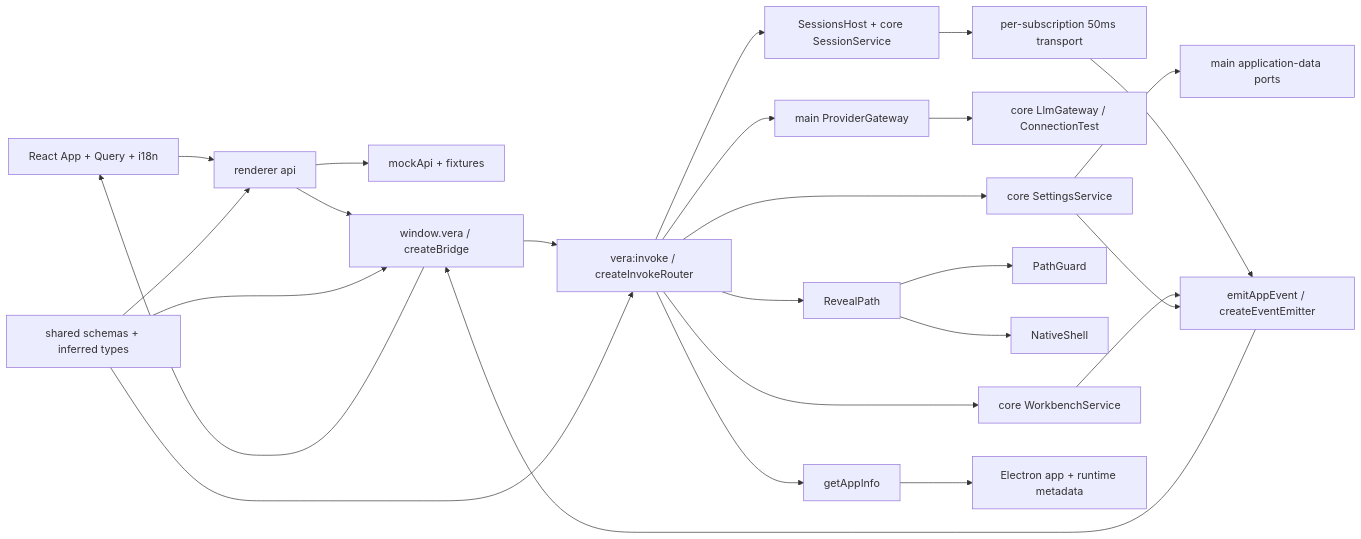
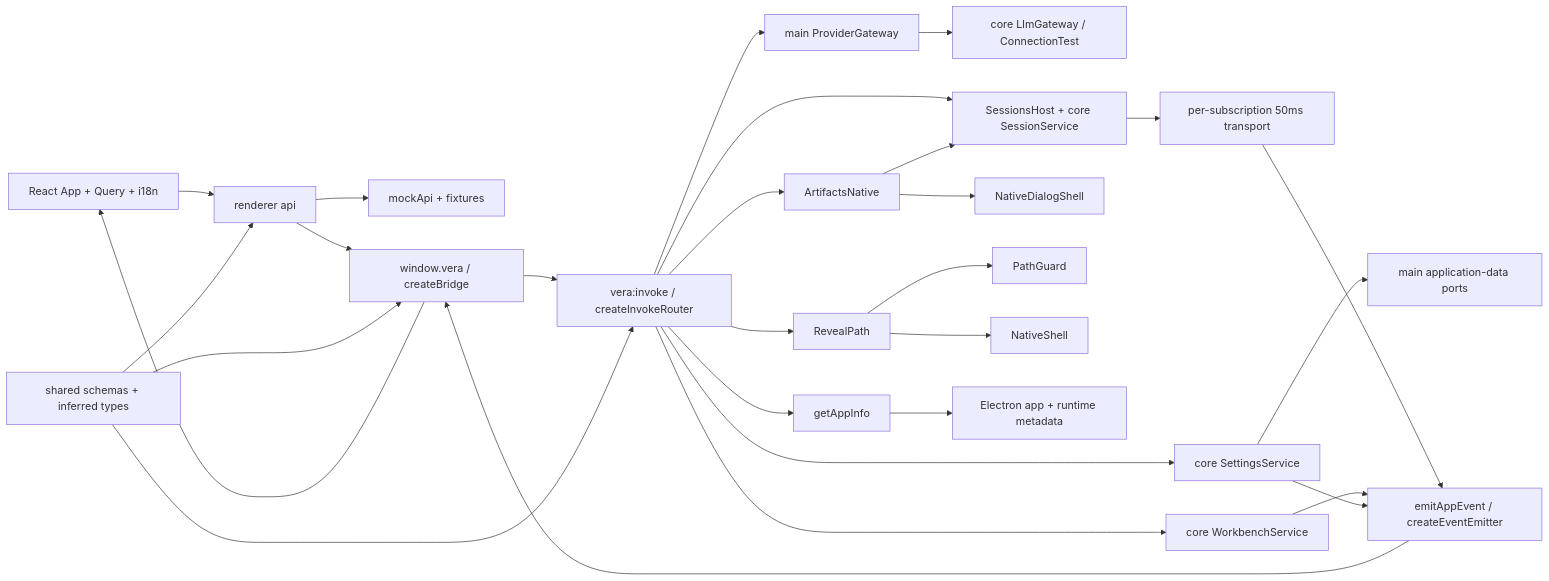
One commit to DDP-Engineering/2026_Virtual_Embedded_Rig_Assistant changed the diagram in .agentic/knowledge/ipc-boundary.md. Above: the diagram before and after it, drawn with Mermaid. The commit also changed other lines of this file and 54 other files, not shown here.

````diff
--- a/.agentic/knowledge/ipc-boundary.md
+++ b/.agentic/knowledge/ipc-boundary.md
@@ -79,27 +80,30 @@
 ```mermaid
 flowchart LR
   UI[React App + Query + i18n] --> API[renderer api]
   API --> MOCK[mockApi + fixtures]
   API --> PRE[window.vera / createBridge]
   PRE --> ROUTER[vera:invoke / createInvokeRouter]
   ROUTER --> INFO[getAppInfo]
   ROUTER --> SETTINGS[core SettingsService]
   ROUTER --> GATEWAY[main ProviderGateway]
   GATEWAY --> LLM[core LlmGateway / ConnectionTest]
   ROUTER --> WORKBENCH[core WorkbenchService]
   ROUTER --> SESSIONS[SessionsHost + core SessionService]
+  ROUTER --> ArtifactsNative
+  ArtifactsNative --> SESSIONS
+  ArtifactsNative --> NativeDialogShell
   ROUTER --> RevealPath
   RevealPath --> PathGuard
   RevealPath --> NativeShell
   SESSIONS --> COALESCE[per-subscription 50ms transport]
   COALESCE --> EMIT
   WORKBENCH --> EMIT
   SETTINGS --> PORTS[main application-data ports]
   SETTINGS --> EMIT
   INFO --> HOST[Electron app + runtime metadata]
   EMIT[emitAppEvent / createEventEmitter] --> PRE
   PRE --> UI
   SHARED[shared schemas + inferred types] --> ROUTER
   SHARED --> PRE
   SHARED --> API
 ```
````
